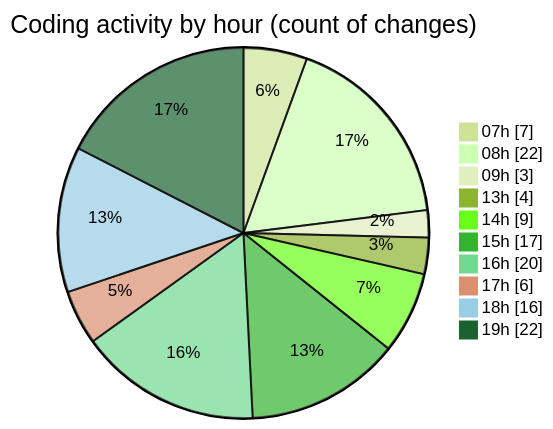
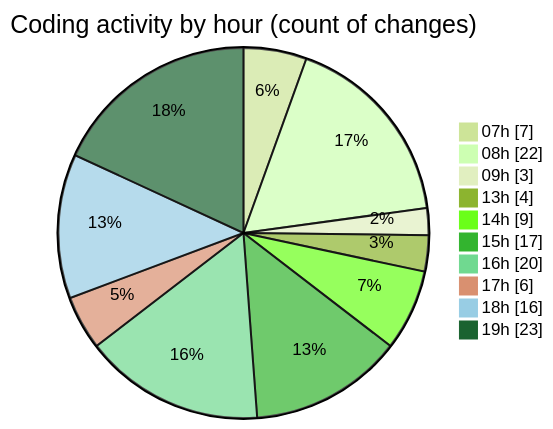
One commit to Elitesun/code-tracking changed the second of 2 diagrams in 2025-05-04/niten/README.md. Above: the diagram before and after it, drawn with Mermaid (forest theme). The commit also changed other lines of this file and 1 other file, not shown here.

````diff
--- a/2025-05-04/niten/README.md
+++ b/2025-05-04/niten/README.md
@@ -62,14 +62,14 @@
 ```mermaid
 pie showData
 title Coding activity by hour (count of changes)
 "07h" : 7
 "08h" : 22
 "09h" : 3
 "13h" : 4
 "14h" : 9
 "15h" : 17
 "16h" : 20
 "17h" : 6
 "18h" : 16
-"19h" : 22
+"19h" : 23
 ```
````
